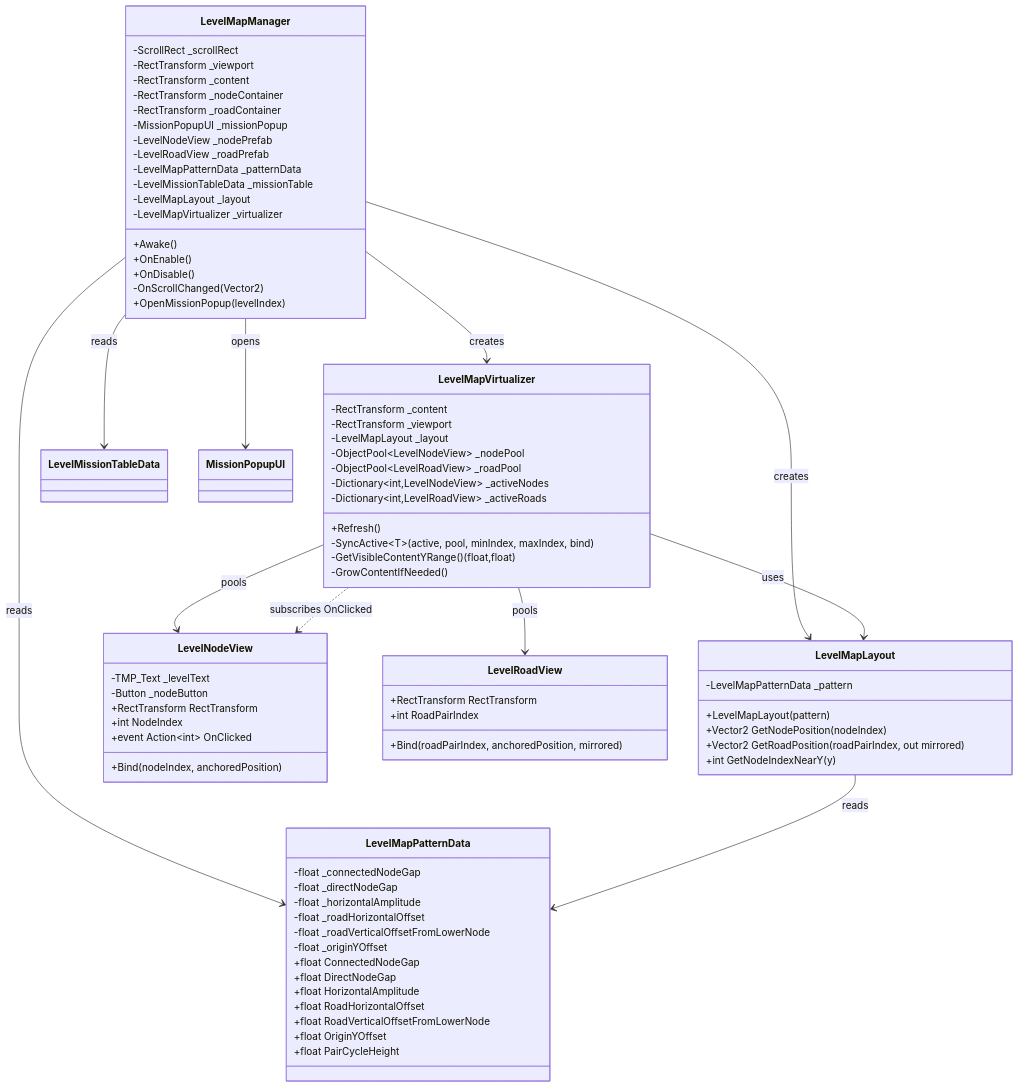
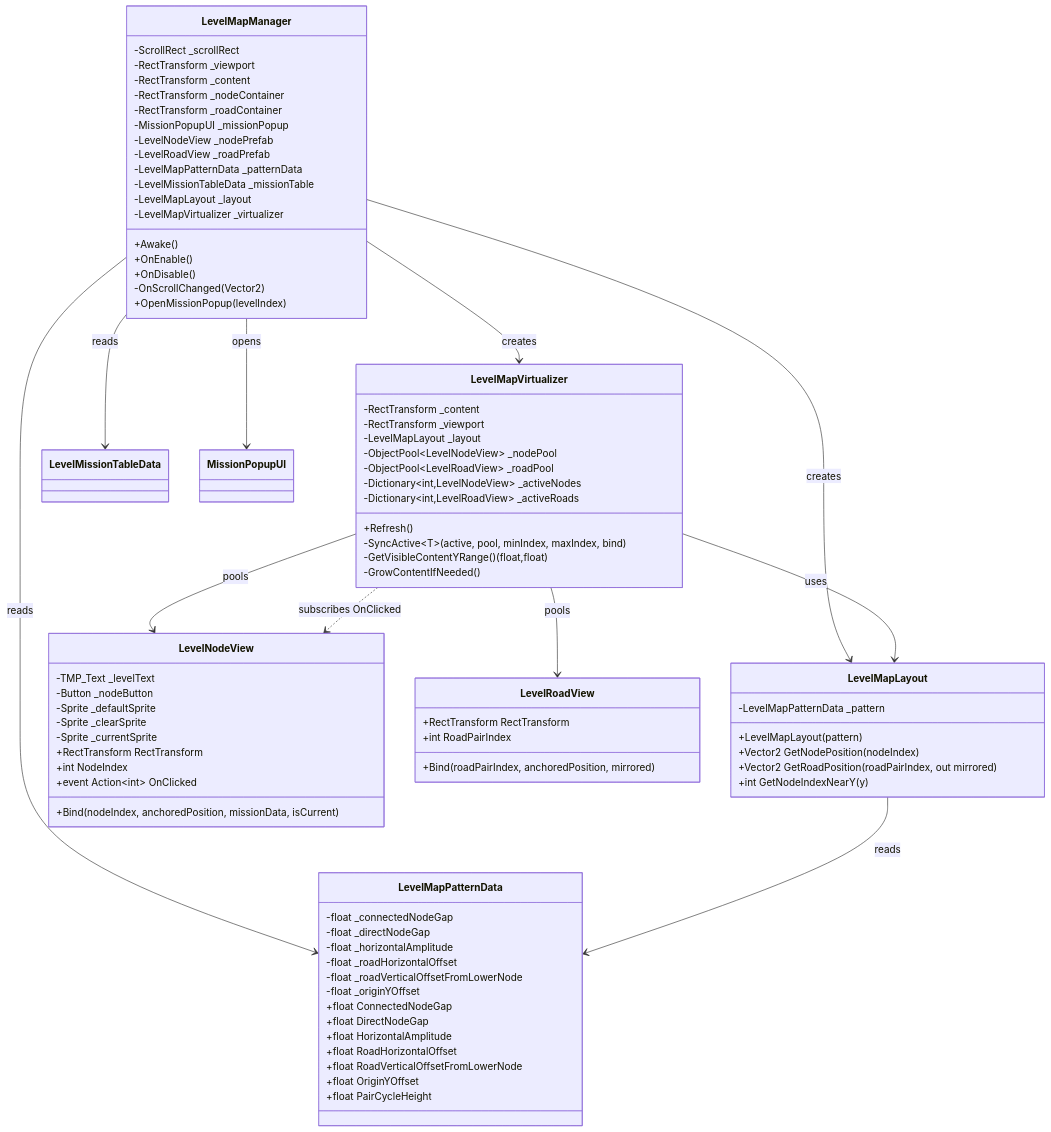
One commit to chlghksgml01/BlockPuzzle changed the first of 3 diagrams in docs/diagrams/level-map.md. Above: the diagram before and after it, drawn with Mermaid. The commit also changed other lines of this file and 13 other files, not shown here.

```diff
--- a/docs/diagrams/level-map.md
+++ b/docs/diagrams/level-map.md
@@ -69,10 +69,13 @@
     class LevelNodeView {
         -TMP_Text _levelText
         -Button _nodeButton
+        -Sprite _defaultSprite
+        -Sprite _clearSprite
+        -Sprite _currentSprite
         +RectTransform RectTransform
         +int NodeIndex
         +event Action~int~ OnClicked
-        +Bind(nodeIndex, anchoredPosition)
+        +Bind(nodeIndex, anchoredPosition, missionData, isCurrent)
     }
 
     class LevelRoadView {
```
